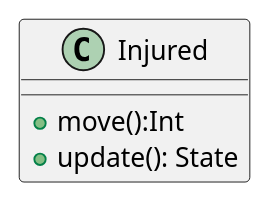
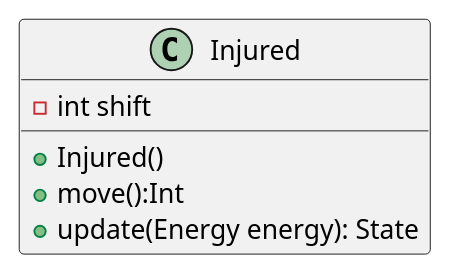
The diagram in diagrams/classes/State/Injured.puml (PabloGCH/tp2-algo3), drawn with PlantUML before and after one commit. The commit also changed 13 other files, not shown here.

```diff
--- a/diagrams/classes/State/Injured.puml
+++ b/diagrams/classes/State/Injured.puml
@@ -2,6 +2,8 @@
 @startuml
 class Injured{
+    -int shift
+    +Injured()
     +move():Int
-    +update(): State
+    +update(Energy energy): State
 }
 @enduml
```
